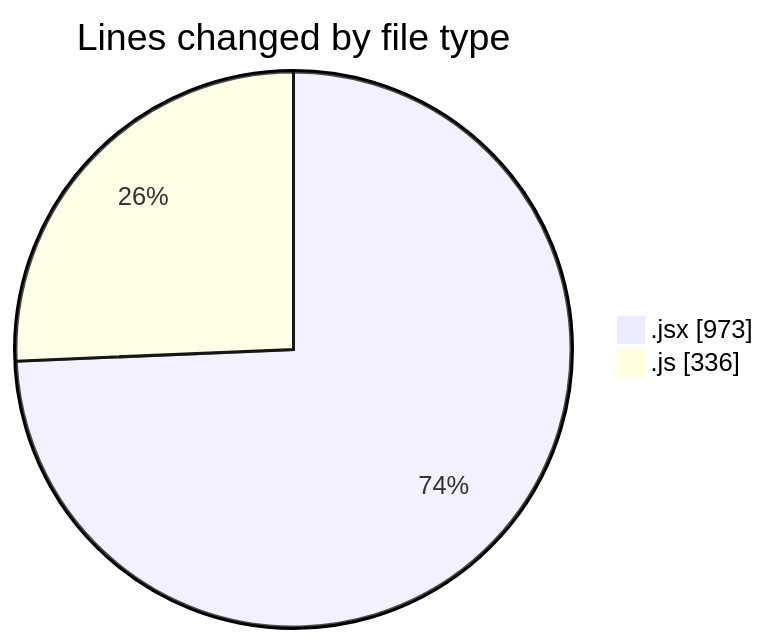
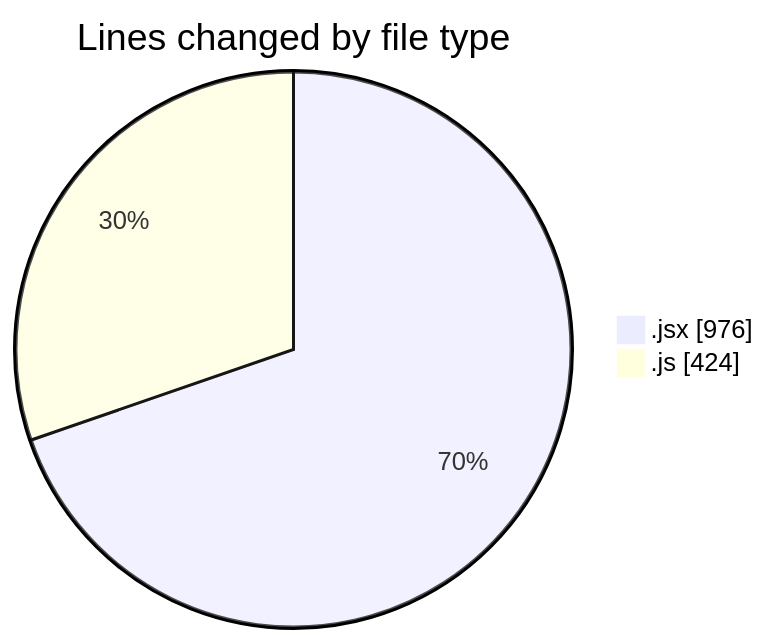
One commit to nxtqubesakshisongat/code-tracking changed the first of 2 diagrams in 2025-06-30/argos/README.md. Above: the diagram before and after it, drawn with Mermaid. The commit also changed other lines of this file and 1 other file, not shown here.

````diff
--- a/2025-06-30/argos/README.md
+++ b/2025-06-30/argos/README.md
@@ -24,6 +25,6 @@
 ```mermaid
 pie showData
 title Lines changed by file type
-".jsx" : 973
-".js" : 336
+".jsx" : 976
+".js" : 424
 ```
````
